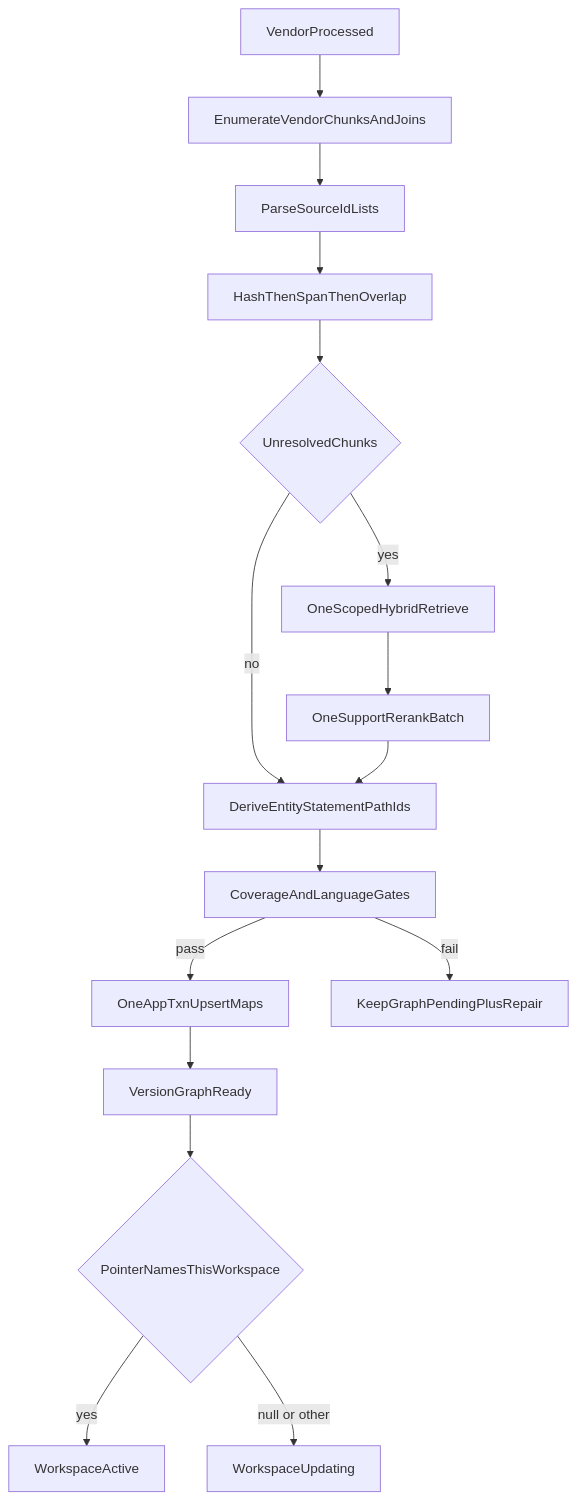
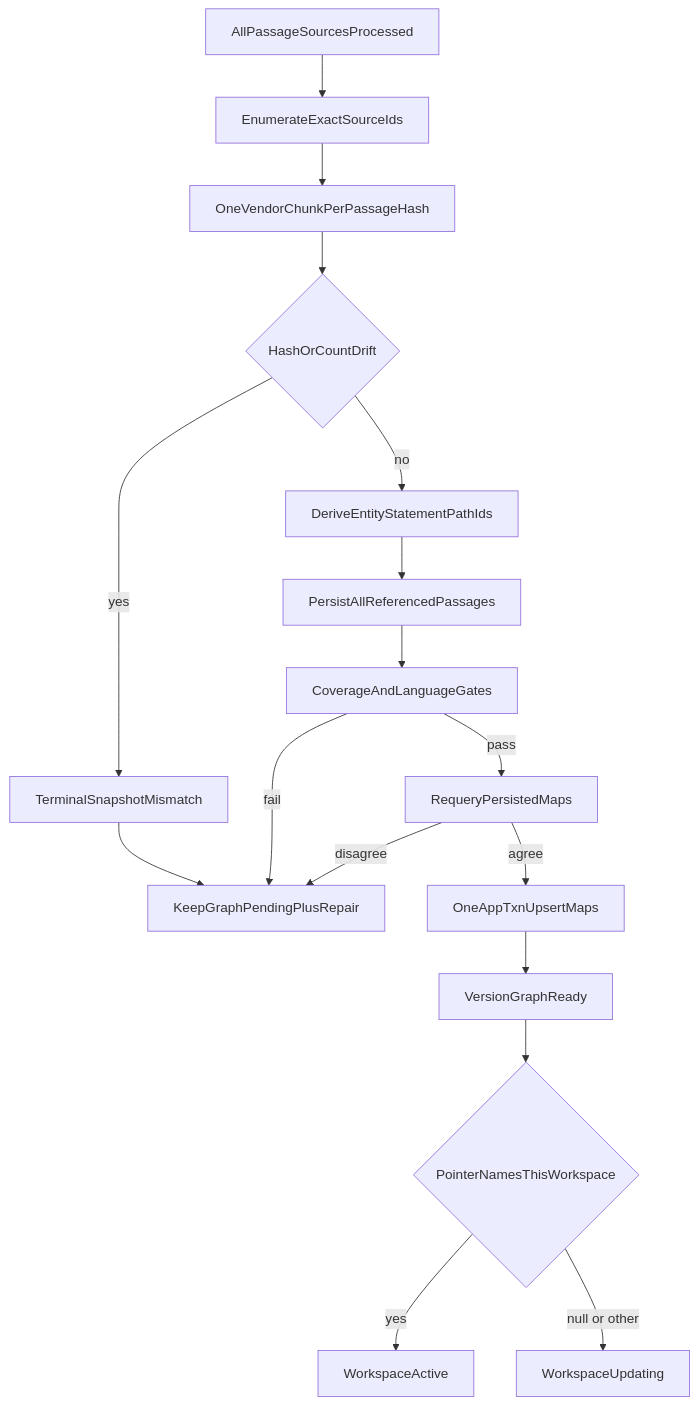
One commit to Nagdy8888/smart-rag changed the first of 2 diagrams in docs/graph/MAPPING.md. Above: the diagram before and after it, drawn with Mermaid. The commit also changed other lines of this file and 68 other files, not shown here.

First line of the commit message:
Enhance graph mapping limits and improve error handling in graph runner

````diff
--- a/docs/graph/MAPPING.md
+++ b/docs/graph/MAPPING.md
@@ -46,18 +49,19 @@
 ```mermaid
 flowchart TD
-  processed[VendorProcessed] --> enumerate[EnumerateVendorChunksAndJoins]
-  enumerate --> parseIds[ParseSourceIdLists]
-  parseIds --> hashMatch[HashThenSpanThenOverlap]
-  hashMatch --> unresolved{UnresolvedChunks}
-  unresolved -->|yes| hybrid[OneScopedHybridRetrieve]
-  hybrid --> rerank[OneSupportRerankBatch]
-  unresolved -->|no| deriveIds[DeriveEntityStatementPathIds]
-  rerank --> deriveIds
-  deriveIds --> gates[CoverageAndLanguageGates]
-  gates -->|pass| txn[OneAppTxnUpsertMaps]
+  processed[AllPassageSourcesProcessed] --> enumerate[EnumerateExactSourceIds]
+  enumerate --> bijection[OneVendorChunkPerPassageHash]
+  bijection --> drift{HashOrCountDrift}
+  drift -->|yes| mismatch[TerminalSnapshotMismatch]
+  mismatch --> pending[KeepGraphPendingPlusRepair]
+  drift -->|no| deriveIds[DeriveEntityStatementPathIds]
+  deriveIds --> multi[PersistAllReferencedPassages]
+  multi --> gates[CoverageAndLanguageGates]
+  gates -->|pass| requery[RequeryPersistedMaps]
+  requery -->|agree| txn[OneAppTxnUpsertMaps]
   txn --> ready[VersionGraphReady]
   ready --> pointer{PointerNamesThisWorkspace}
   pointer -->|yes| active[WorkspaceActive]
   pointer -->|null or other| stay[WorkspaceUpdating]
-  gates -->|fail| pending[KeepGraphPendingPlusRepair]
+  gates -->|fail| pending
+  requery -->|disagree| pending
 ```
````
